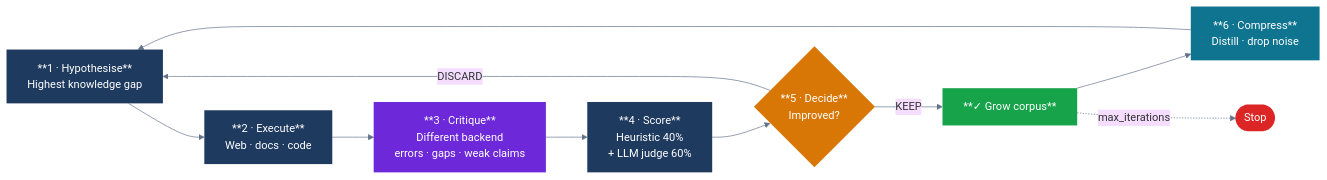
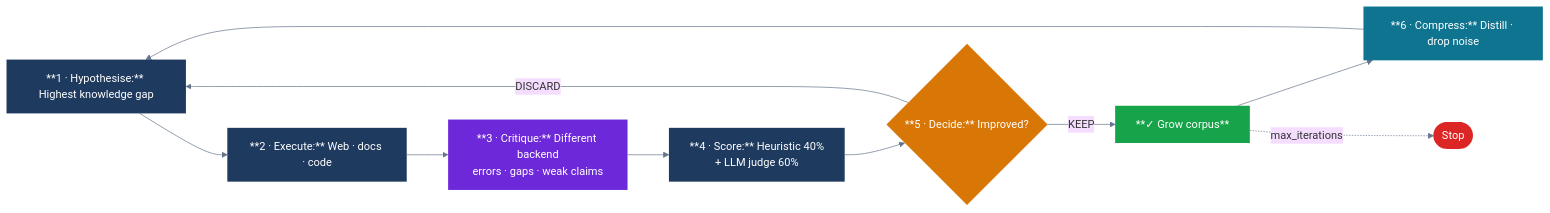
Before and after one commit to josefigueredo/multillm-adversarial-convergence: the diagram in docs/showcase/loop.mmd, drawn with Mermaid. The commit also changed 2 other files, not shown here.

```diff
--- a/docs/showcase/loop.mmd
+++ b/docs/showcase/loop.mmd
@@ -1,24 +1,24 @@
 %%{init: {'theme': 'base', 'themeVariables': {'fontSize': '16px', 'lineColor': '#64748b'}, 'flowchart': {'rankSpacing': 60, 'nodeSpacing': 30, 'curve': 'basis'}}}%%
 flowchart LR
-    A["**1 · Hypothesise**\nHighest knowledge gap"]
-    B["**2 · Execute**\nWeb · docs · code"]
-    C["**3 · Critique**\nDifferent backend\nerrors · gaps · weak claims"]
-    D["**4 · Score**\nHeuristic 40%\n+ LLM judge 60%"]
-    E{"**5 · Decide**\nImproved?"}
+    A["**1 · Hypothesise:** Highest knowledge gap"]
+    B["**2 · Execute:** Web · docs · code"]
+    C["**3 · Critique:** Different backend\nerrors · gaps · weak claims"]
+    D["**4 · Score:** Heuristic 40%\n+ LLM judge 60%"]
+    E{"**5 · Decide:** Improved?"}
     G["**✓ Grow corpus**"]
-    F["**6 · Compress**\nDistill · drop noise"]
+    F["**6 · Compress:** Distill · drop noise"]
     STOP(["Stop"])
 
     A --> B --> C --> D --> E
     E -- KEEP --> G --> F --> A
     E -- DISCARD --> A
     G -. max_iterations .-> STOP
 
     style A fill:#1e3a5f,color:#fff,stroke:none
     style B fill:#1e3a5f,color:#fff,stroke:none
     style C fill:#6d28d9,color:#fff,stroke:none
     style D fill:#1e3a5f,color:#fff,stroke:none
     style E fill:#d97706,color:#fff,stroke:none
     style G fill:#16a34a,color:#fff,stroke:none
     style F fill:#0e7490,color:#fff,stroke:none
     style STOP fill:#dc2626,color:#fff,stroke:none
```
